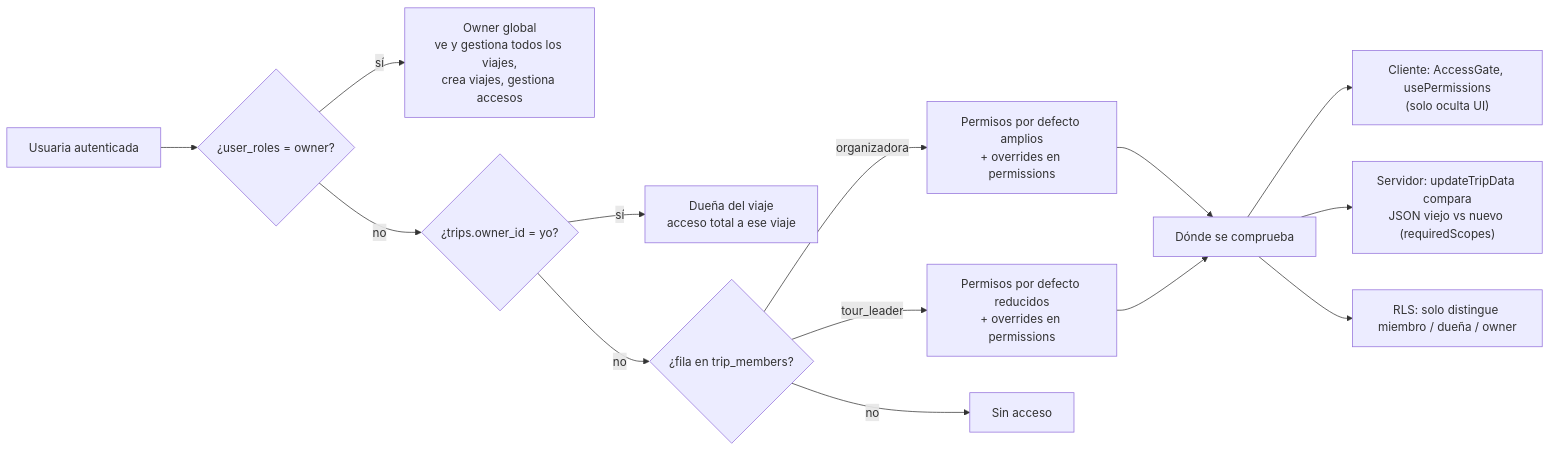
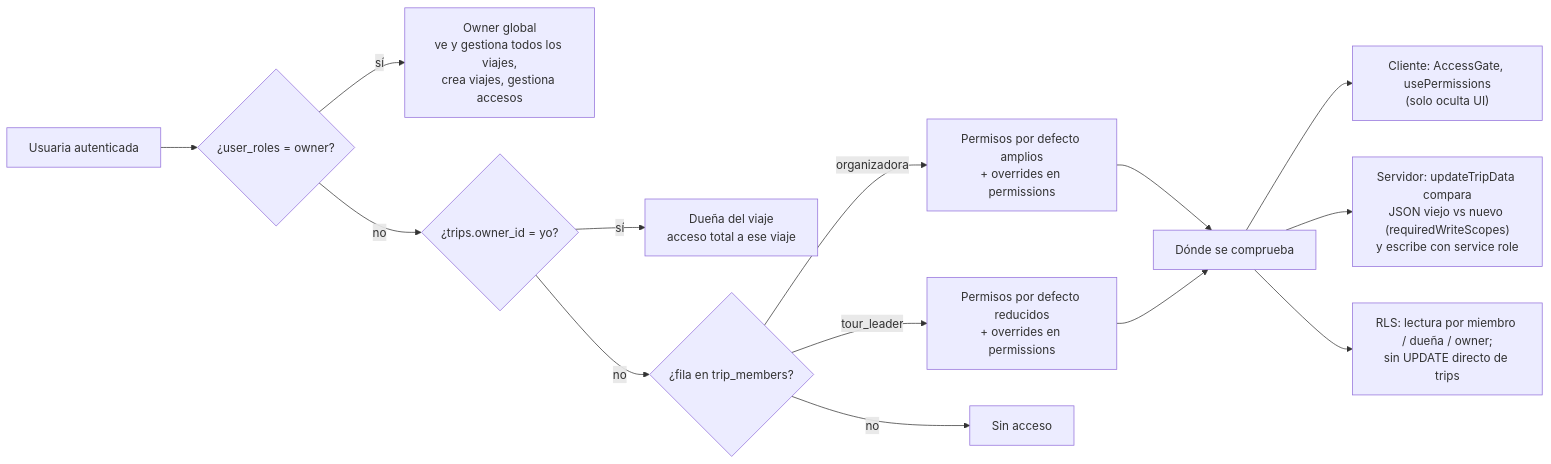
One commit to gaby26203/planeii changed the fourth of 5 diagrams in docs/arquitectura.md. Above: the diagram before and after it, drawn with Mermaid. The commit also changed other lines of this file and 9 other files, not shown here.

First line of the commit message:
Guardar los viajes solo desde el servidor y cubrir todos los campos con permisos

````diff
--- a/docs/arquitectura.md
+++ b/docs/arquitectura.md
@@ -206,16 +206,16 @@
 ```mermaid
 flowchart LR
   U["Usuaria autenticada"] --> Q1{"¿user_roles = owner?"}
   Q1 -->|sí| OWN["Owner global<br/>ve y gestiona todos los viajes,<br/>crea viajes, gestiona accesos"]
   Q1 -->|no| Q2{"¿trips.owner_id = yo?"}
   Q2 -->|sí| DUE["Dueña del viaje<br/>acceso total a ese viaje"]
   Q2 -->|no| Q3{"¿fila en trip_members?"}
   Q3 -->|organizadora| ORGA["Permisos por defecto amplios<br/>+ overrides en permissions"]
   Q3 -->|tour_leader| TL["Permisos por defecto reducidos<br/>+ overrides en permissions"]
   Q3 -->|no| NO["Sin acceso"]
 
   ORGA & TL --> CHK["Dónde se comprueba"]
   CHK --> C1["Cliente: AccessGate, usePermissions<br/>(solo oculta UI)"]
-  CHK --> C2["Servidor: updateTripData compara<br/>JSON viejo vs nuevo (requiredScopes)"]
-  CHK --> C3["RLS: solo distingue miembro / dueña / owner"]
+  CHK --> C2["Servidor: updateTripData compara<br/>JSON viejo vs nuevo (requiredWriteScopes)<br/>y escribe con service role"]
+  CHK --> C3["RLS: lectura por miembro / dueña / owner;<br/>sin UPDATE directo de trips"]
 ```
````
